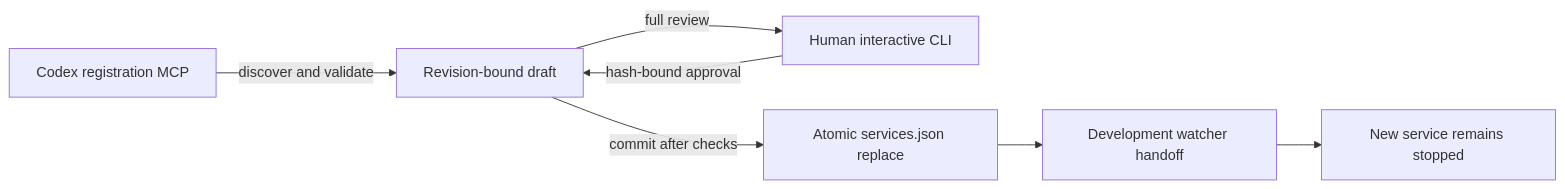
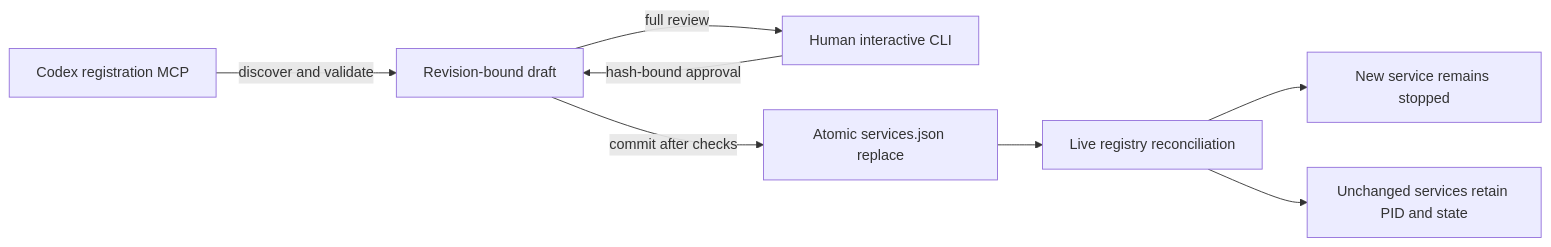
Before and after one commit to abangkis/AkuSupervisor: the diagram in docs/service-registration.md, drawn with Mermaid. The commit also changed other lines of this file and 15 other files, not shown here.

Commit message:
feat: reconcile service registrations without handoff

````diff
--- a/docs/service-registration.md
+++ b/docs/service-registration.md
@@ -16,9 +16,10 @@
 ```mermaid
 flowchart LR
     A["Codex registration MCP"] -->|"discover and validate"| D["Revision-bound draft"]
     D -->|"full review"| H["Human interactive CLI"]
     H -->|"hash-bound approval"| D
     D -->|"commit after checks"| C["Atomic services.json replace"]
-    C --> W["Development watcher handoff"]
-    W --> S["New service remains stopped"]
+    C --> R["Live registry reconciliation"]
+    R --> S["New service remains stopped"]
+    R --> U["Unchanged services retain PID and state"]
 ```
````
